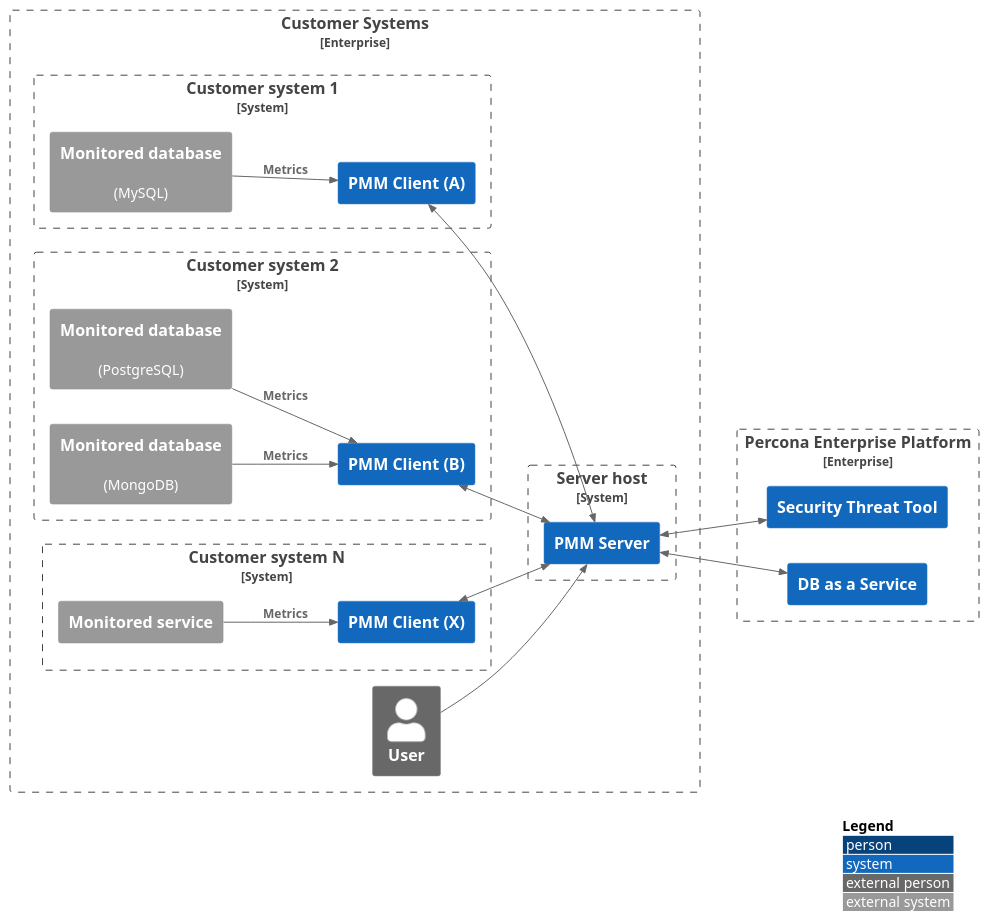
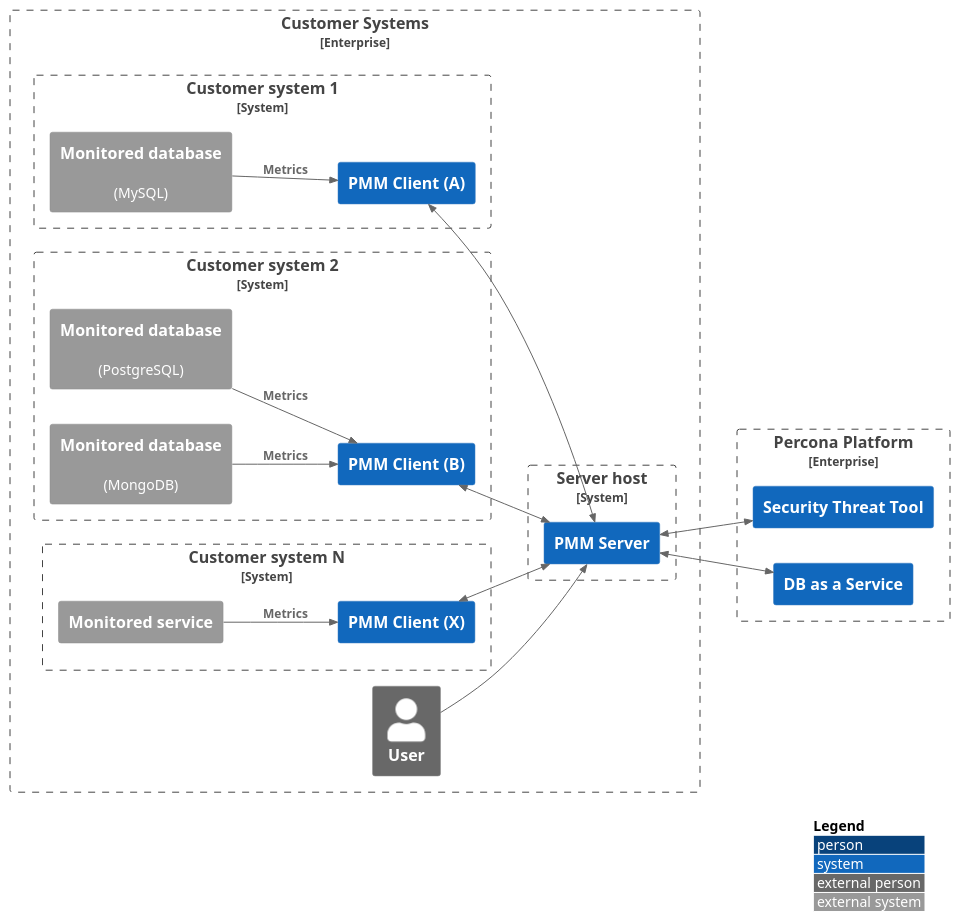
One commit to percona/pmm changed the diagram in _resources/diagrams/PMM_Example_Deployment.puml. Above: the diagram before and after it, drawn with PlantUML. The commit also changed 4 other files, not shown here.

Commit message:
Delete "enterprise" from Percona Platform

```diff
--- a/_resources/diagrams/PMM_Example_Deployment.puml
+++ b/_resources/diagrams/PMM_Example_Deployment.puml
@@ -4,46 +4,46 @@
 @startuml PMM_context2
 !includeurl https://raw.githubusercontent.com/plantuml-stdlib/C4-PlantUML/master/C4_Context.puml
 
 LAYOUT_WITH_LEGEND()
 ' LAYOUT_TOP_DOWN()
 LAYOUT_LEFT_RIGHT()
 
-Enterprise_Boundary(platform, "Percona Enterprise Platform") {
+Enterprise_Boundary(platform, "Percona Platform") {
     System(stt, "Security Threat Tool")
     System(dbaas, "DB as a Service")
 }
 
 Enterprise_Boundary(enterprise, "Customer Systems") {
     Person_Ext(user, "User")
 
     System_Boundary(server_host, "Server host") {
         System(pmm_server, "PMM Server")
     }
     System_Boundary(enterprise1, "Customer system 1") {
         System(client1, "PMM Client (A)")
         System_Ext(monitored1, "Monitored database", "(MySQL)")
         Rel(monitored1, client1, "Metrics")
     }
     System_Boundary(enterprise2, "Customer system 2") {
         System(client2, "PMM Client (B)")
         System_Ext(monitored2, "Monitored database", "(PostgreSQL)")
         System_Ext(monitored3, "Monitored database", "(MongoDB)")
         Rel(monitored2, client2, "Metrics")
         Rel(monitored3, client2, "Metrics")
     }
     System_Boundary(enterprise3, "Customer system N") {
         System(client3, "PMM Client (X)")
         System_Ext(monitored4, "Monitored service")
         Rel(monitored4, client3, "Metrics")
     }
 }
 
 Rel(user, pmm_server, " ")
 BiRel(client1, pmm_server, " ")
 BiRel(client2, pmm_server, " ")
 BiRel(client3, pmm_server, " ")
 
 BiRel(pmm_server, stt, " ")
 BiRel(pmm_server, dbaas, " ")
 
 @enduml
```
